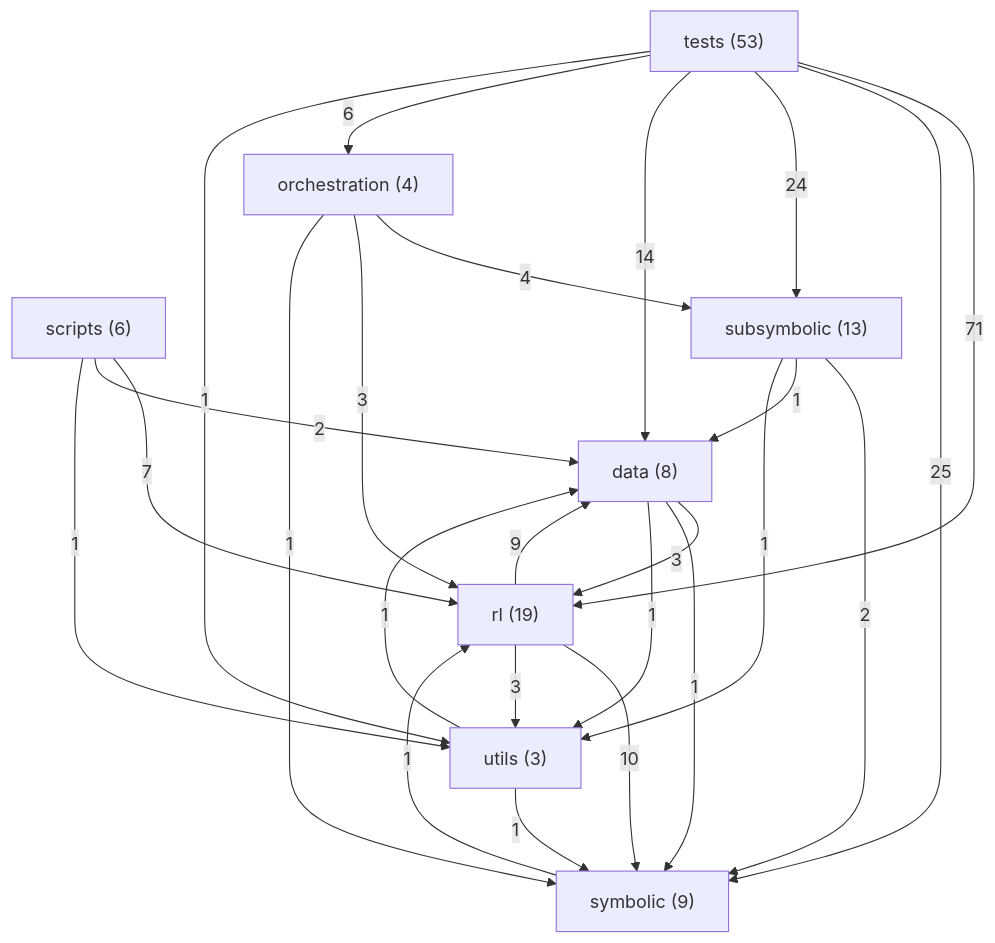
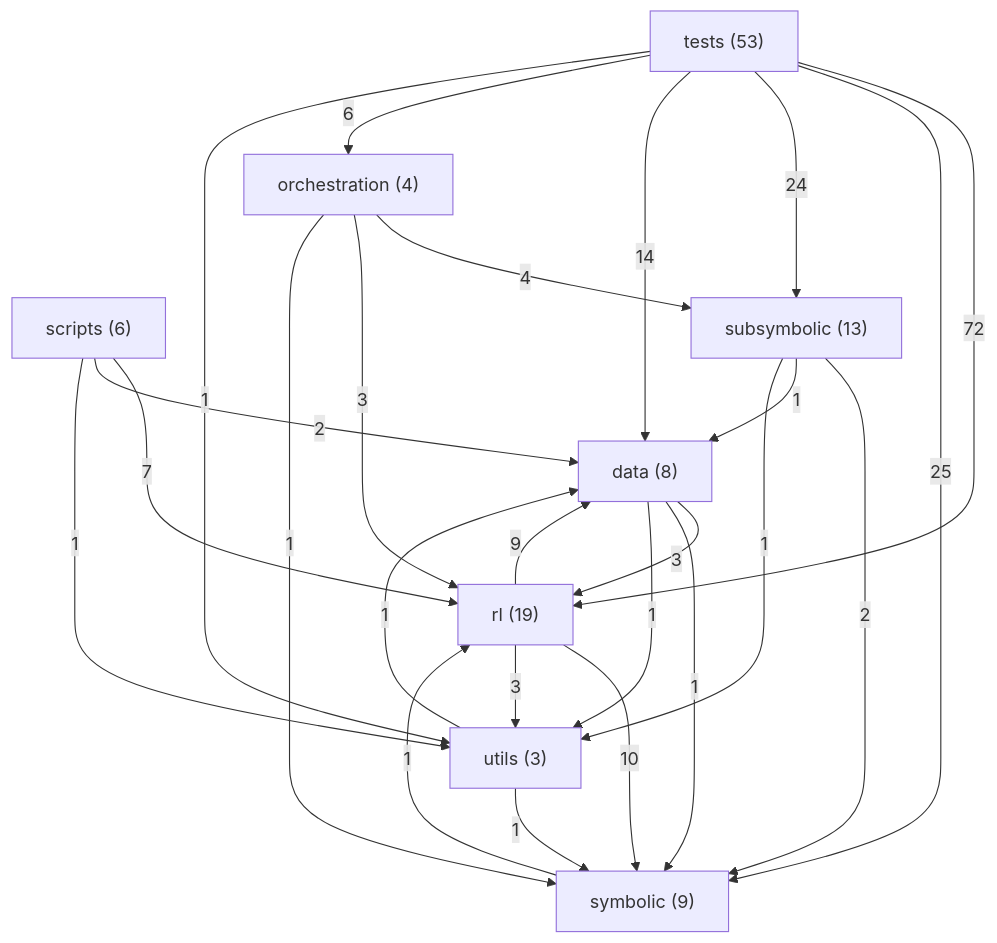
Before and after one commit to danrd/ARC-AGI: the diagram in ARCHITECTURE.md, drawn with Mermaid. The commit also changed other lines of this file and 7 other files, not shown here.

````diff
--- a/ARCHITECTURE.md
+++ b/ARCHITECTURE.md
@@ -127,35 +127,35 @@
 ```mermaid
 graph TD
   data["data (8)"]
   orchestration["orchestration (4)"]
   rl["rl (19)"]
   scripts["scripts (6)"]
   subsymbolic["subsymbolic (13)"]
   symbolic["symbolic (9)"]
   tests["tests (53)"]
   utils["utils (3)"]
-  tests -->|71| rl
+  tests -->|72| rl
   tests -->|25| symbolic
   tests -->|24| subsymbolic
   tests -->|14| data
   rl -->|10| symbolic
   rl -->|9| data
   scripts -->|7| rl
   tests -->|6| orchestration
   orchestration -->|4| subsymbolic
   data -->|3| rl
   orchestration -->|3| rl
   rl -->|3| utils
   scripts -->|2| data
   subsymbolic -->|2| symbolic
   data -->|1| symbolic
   data -->|1| utils
   orchestration -->|1| symbolic
   scripts -->|1| utils
   subsymbolic -->|1| data
   subsymbolic -->|1| utils
   symbolic -->|1| rl
   tests -->|1| utils
   utils -->|1| data
   utils -->|1| symbolic
 ```
````
